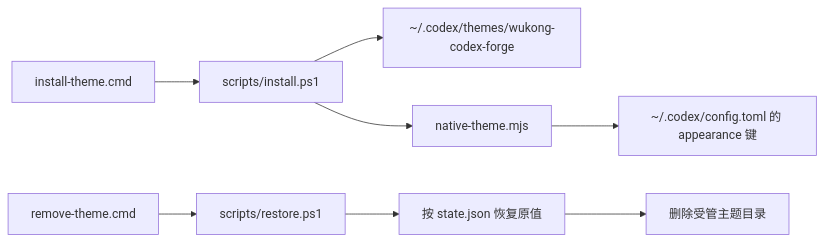
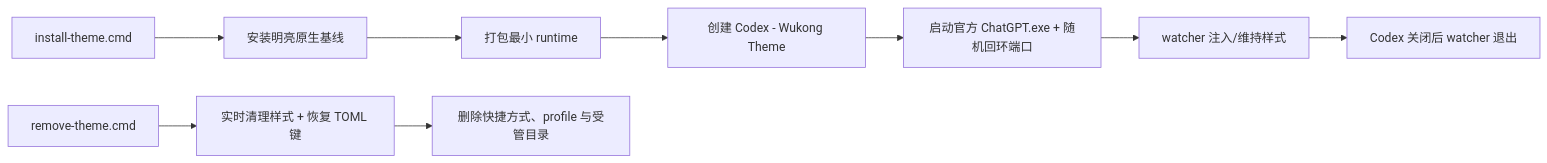
Before and after one commit to Udkam/wukong-codex-forge: the diagram in docs/DESIGN.md, drawn with Mermaid. The commit also changed other lines of this file and 18 other files, not shown here.

Commit message:
feat: install managed Wukong style lifecycle

````diff
--- a/docs/DESIGN.md
+++ b/docs/DESIGN.md
@@ -22,10 +41,11 @@
 ```mermaid
 flowchart LR
-  A["install-theme.cmd"] --> B["scripts/install.ps1"]
-  B --> C["~/.codex/themes/wukong-codex-forge"]
-  B --> D["native-theme.mjs"]
-  D --> E["~/.codex/config.toml 的 appearance 键"]
-  F["remove-theme.cmd"] --> G["scripts/restore.ps1"]
-  G --> H["按 state.json 恢复原值"]
-  H --> I["删除受管主题目录"]
+  A["install-theme.cmd"] --> B["安装明亮原生基线"]
+  B --> C["打包最小 runtime"]
+  C --> D["创建 Codex - Wukong Theme"]
+  D --> E["启动官方 ChatGPT.exe + 随机回环端口"]
+  E --> F["watcher 注入/维持样式"]
+  F --> G["Codex 关闭后 watcher 退出"]
+  H["remove-theme.cmd"] --> I["实时清理样式 + 恢复 TOML 键"]
+  I --> J["删除快捷方式、profile 与受管目录"]
 ```
````
